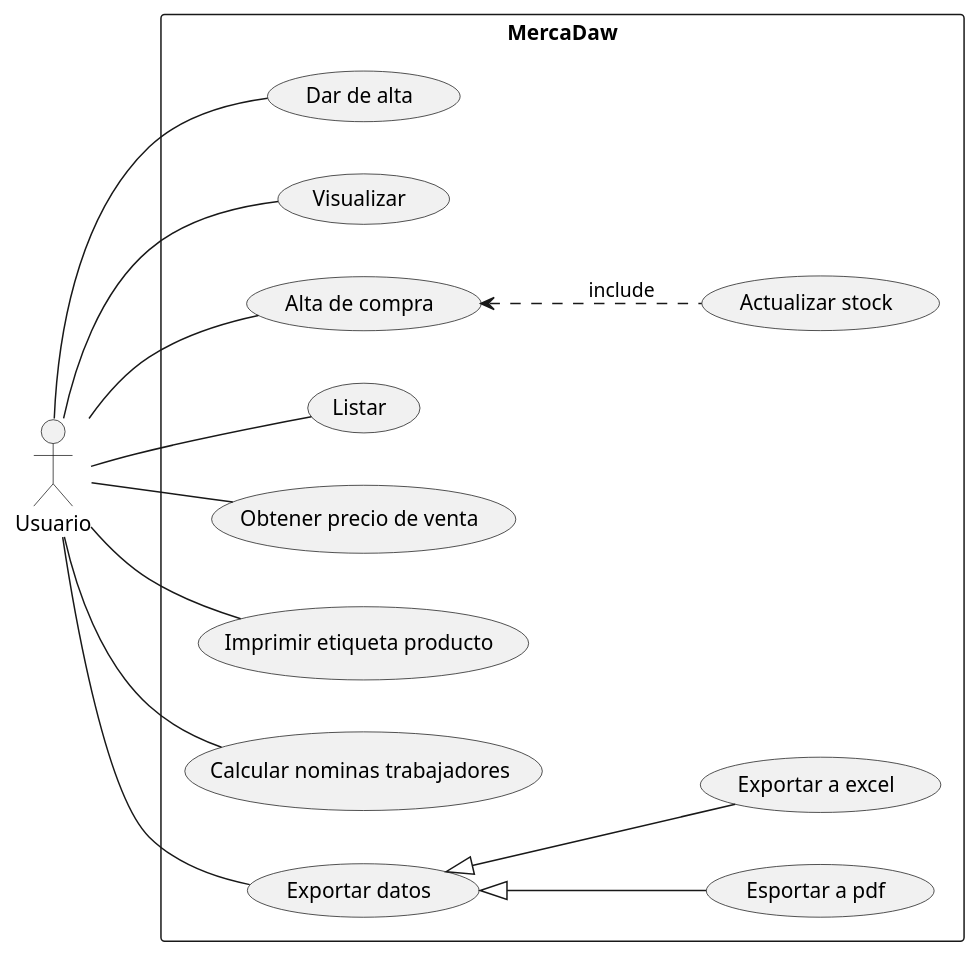
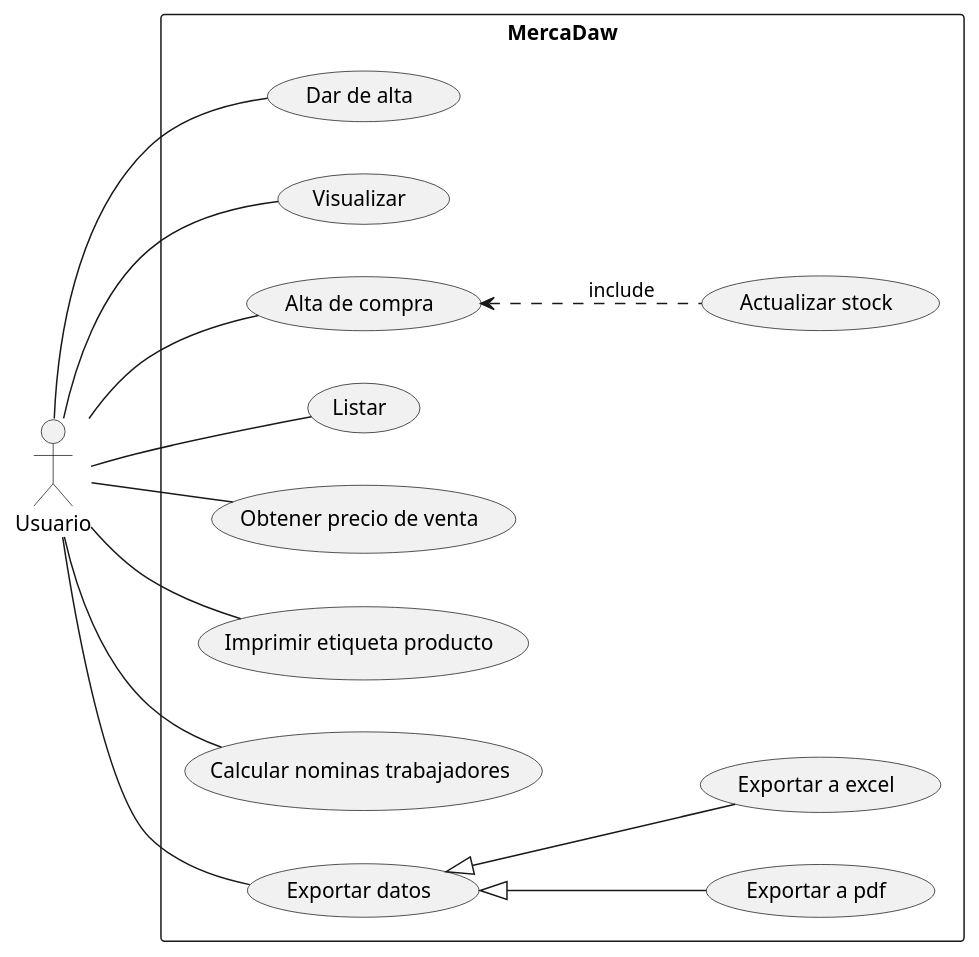
Before and after one commit to adrils16/MercaDawFinal: the diagram in design/DiagramaCasosDeUso.pu, drawn with PlantUML. The commit also changed 2 other files, not shown here.

Commit message:
Otra opcion de diagrama de casos de uso y corregido pequeño error

```diff
--- a/design/DiagramaCasosDeUso.pu
+++ b/design/DiagramaCasosDeUso.pu
@@ -1,32 +1,32 @@
 @startuml DCU
 left to right direction
 
 actor Usuario
 
 rectangle "MercaDaw" {
     usecase "Dar de alta" as ap
     usecase "Visualizar" as vp
     usecase "Alta de compra" as ac
     usecase "Actualizar stock" as asc
     usecase "Listar" as lccp
     usecase "Obtener precio de venta" as ov
     usecase "Imprimir etiqueta producto" as iep
     usecase "Calcular nominas trabajadores" as cnt
     usecase "Exportar datos" as ed
-    usecase "Esportar a pdf" as edpdf
+    usecase "Exportar a pdf" as edpdf
     usecase "Exportar a excel" as edexcel
 }
 
 Usuario -- ap
 Usuario -- vp
 Usuario -- ac
 Usuario -- lccp
 Usuario -- ov
 Usuario -- iep
 Usuario -- cnt
 Usuario -- ed
 
 ac <.. asc: include
 ed <|-- edpdf
 ed <|-- edexcel
 @enduml
```
